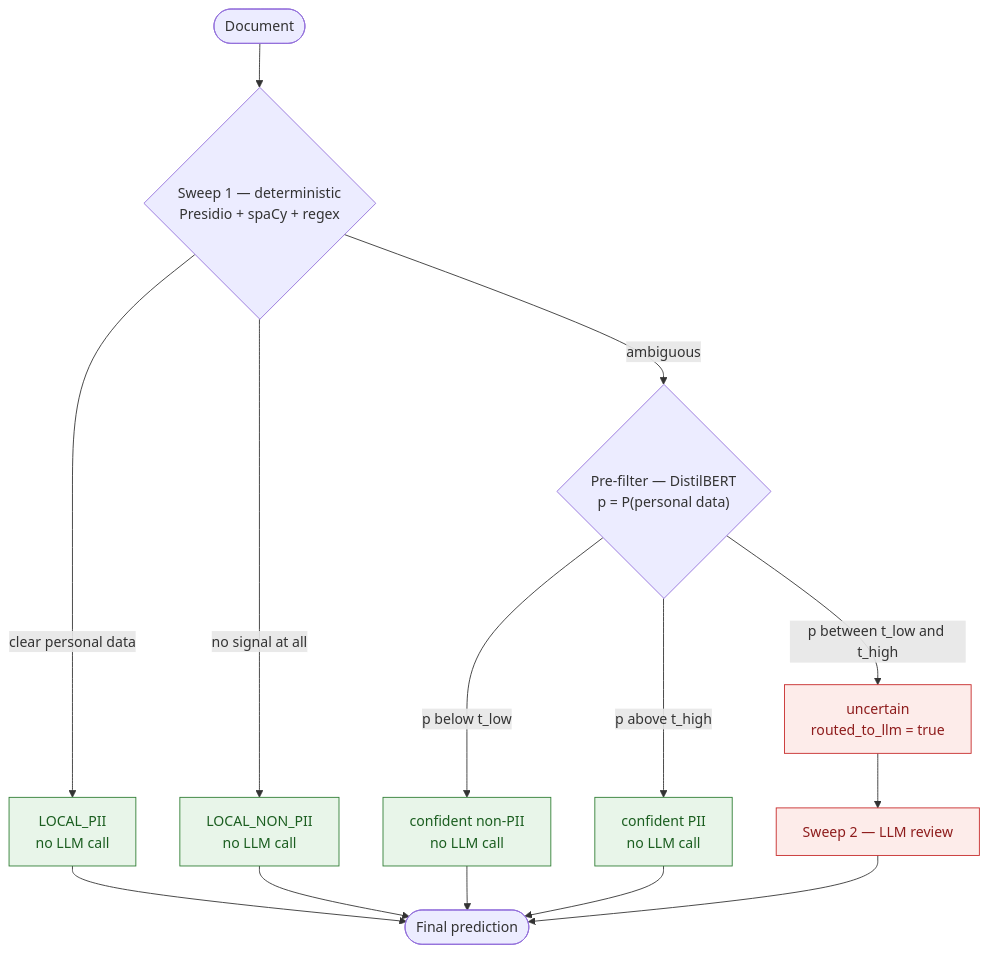
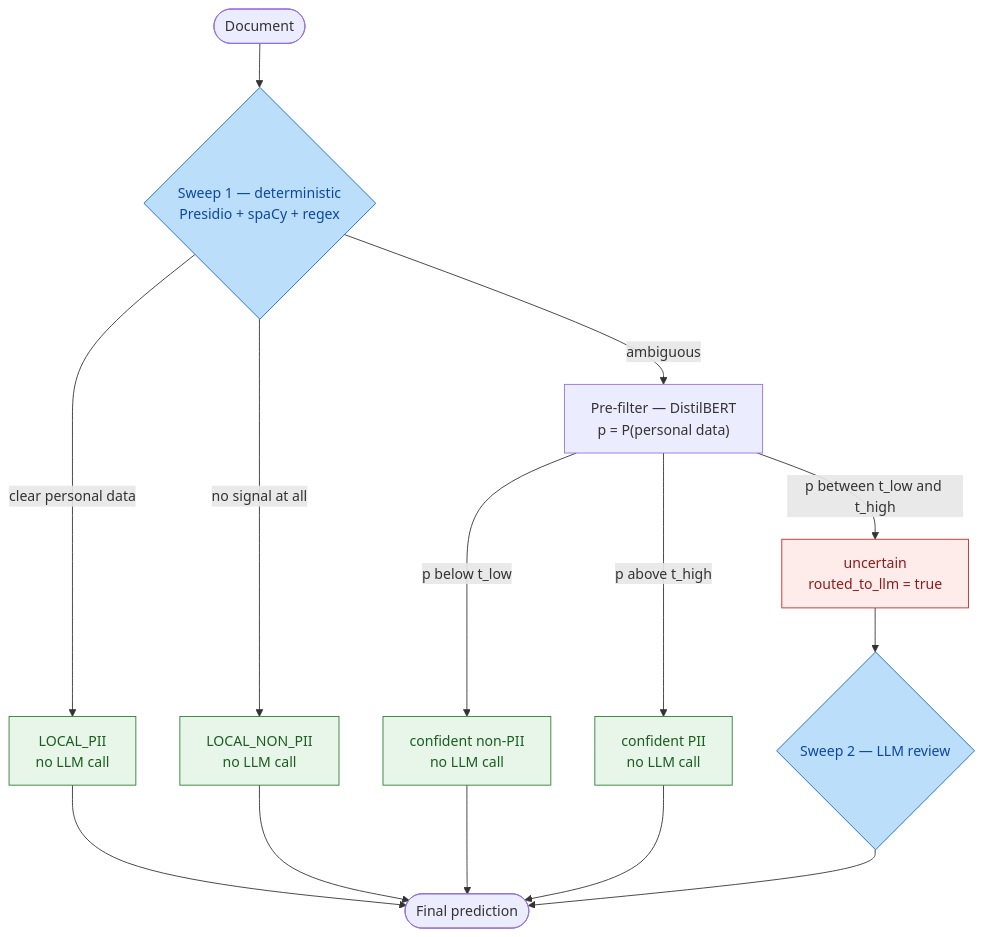
The diagram in README.md (AstouK/pii_detection), drawn with Mermaid before and after one commit. The commit also changed other lines of this file, not shown here.

Commit message:
Update README.md to clarify the roles of Sweep 1 and Sweep 2 checks, and adjust flowchart formatting for DistilBERT and LLM review sections.

````diff
--- a/README.md
+++ b/README.md
@@ -23,25 +23,28 @@
 ```mermaid
 flowchart TD
     DOC([Document]) --> S1{"Sweep 1 — deterministic<br/>Presidio + spaCy + regex"}
 
     S1 -->|clear personal data| SC1["LOCAL_PII<br/>no LLM call"]
     S1 -->|no signal at all| SC2["LOCAL_NON_PII<br/>no LLM call"]
-    S1 -->|ambiguous| PF{"Pre-filter — DistilBERT<br/>p = P(personal data)"}
+    S1 -->|ambiguous| PF["Pre-filter — DistilBERT<br/>p = P(personal data)"]
 
     PF -->|"p below t_low"| Z1["confident non-PII<br/>no LLM call"]
     PF -->|"p above t_high"| Z3["confident PII<br/>no LLM call"]
     PF -->|"p between t_low and t_high"| Z2["uncertain<br/>routed_to_llm = true"]
 
-    Z2 --> LLM["Sweep 2 — LLM review"]
+    Z2 --> LLM{"Sweep 2 — LLM review"}
 
     SC1 --> OUT([Final prediction])
     SC2 --> OUT
     Z1 --> OUT
     Z3 --> OUT
     LLM --> OUT
 
-    classDef cheap fill:#e8f5e9,stroke:#2e7d32,color:#1b5e20;
-    classDef costly fill:#fdecea,stroke:#c62828,color:#8e1c1c;
-    class SC1,SC2,Z1,Z3 cheap;
-    class Z2,LLM costly;
+    style S1 fill:#bbdefb,stroke:#1565c0,color:#0d47a1
+    style LLM fill:#bbdefb,stroke:#1565c0,color:#0d47a1
+    style SC1 fill:#e8f5e9,stroke:#2e7d32,color:#1b5e20
+    style SC2 fill:#e8f5e9,stroke:#2e7d32,color:#1b5e20
+    style Z1 fill:#e8f5e9,stroke:#2e7d32,color:#1b5e20
+    style Z3 fill:#e8f5e9,stroke:#2e7d32,color:#1b5e20
+    style Z2 fill:#fdecea,stroke:#c62828,color:#8e1c1c
 ```
````
